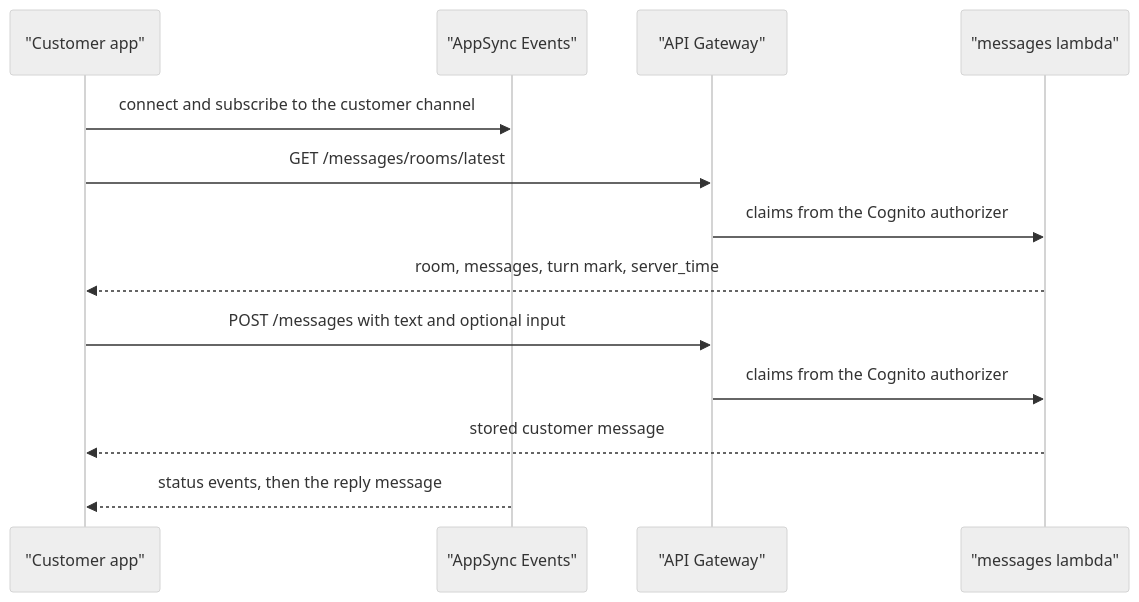
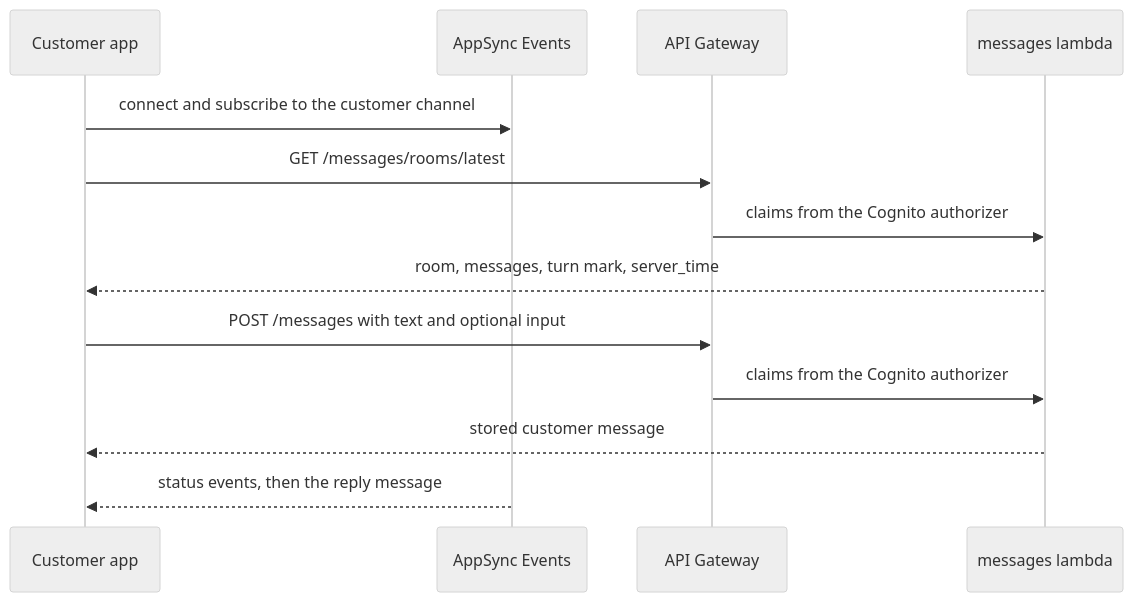
Diagram 14 of 17 in docs/modules/assistant/flows.md (Team-ACGS/factored-hackathon-2026-acgs), drawn with Mermaid (neutral theme) before and after one commit. The commit also changed other lines of this file and 6 other files, not shown here.

Commit message:
docs(assistant,cases,data,identity,messaging): reviewer findings on flows and readme, round 2

````diff
--- a/docs/modules/assistant/flows.md
+++ b/docs/modules/assistant/flows.md
@@ -464,15 +472,15 @@
 ```mermaid
 sequenceDiagram
-  participant App as "Customer app"
-  participant Events as "AppSync Events"
-  participant Gateway as "API Gateway"
-  participant Messages as "messages lambda"
+  participant App as Customer app
+  participant Events as AppSync Events
+  participant Gateway as API Gateway
+  participant Messages as messages lambda
   App->>Events: connect and subscribe to the customer channel
   App->>Gateway: GET /messages/rooms/latest
   Gateway->>Messages: claims from the Cognito authorizer
   Messages-->>App: room, messages, turn mark, server_time
   App->>Gateway: POST /messages with text and optional input
   Gateway->>Messages: claims from the Cognito authorizer
   Messages-->>App: stored customer message
   Events-->>App: status events, then the reply message
 ```
````
